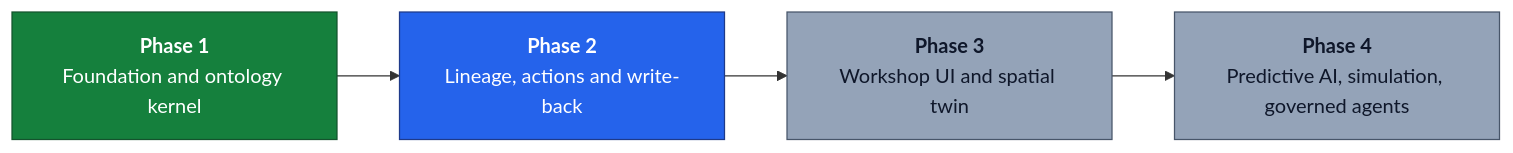
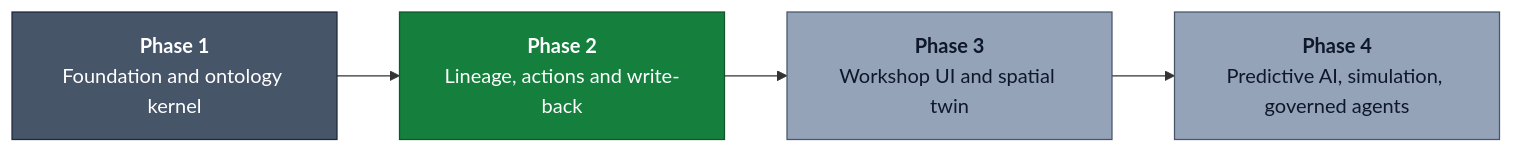
The fifth of 5 diagrams in README.md (veerendra-saraswathi/S2), drawn with Mermaid before and after one commit. The commit also changed other lines of this file and 28 other files, not shown here.

First line of the commit message:
Phase 2, slice 1: action executor delivers queued write-backs

````diff
--- a/README.md
+++ b/README.md
@@ -324,12 +327,13 @@
 ```mermaid
 flowchart LR
-    p1["<b>Phase 1</b><br/>Foundation and ontology kernel"]:::now
-    p2["<b>Phase 2</b><br/>Lineage, actions and write-back"]:::next
+    p1["<b>Phase 1</b><br/>Foundation and ontology kernel"]:::done
+    p2["<b>Phase 2</b><br/>Lineage, actions and write-back"]:::now
     p3["<b>Phase 3</b><br/>Workshop UI and spatial twin"]:::later
     p4["<b>Phase 4</b><br/>Predictive AI, simulation, governed agents"]:::later
     p1 --> p2 --> p3 --> p4
 
+    classDef done fill:#475569,stroke:#1e293b,color:#ffffff
     classDef now fill:#15803d,stroke:#14532d,color:#ffffff
     classDef next fill:#2563eb,stroke:#1e3a8a,color:#ffffff
     classDef later fill:#94a3b8,stroke:#475569,color:#0f172a
 ```
````
